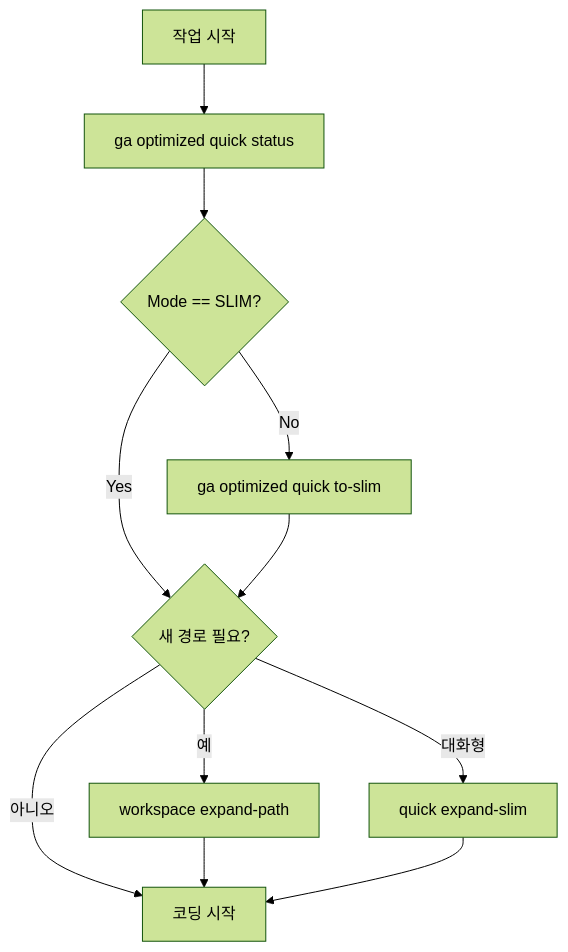
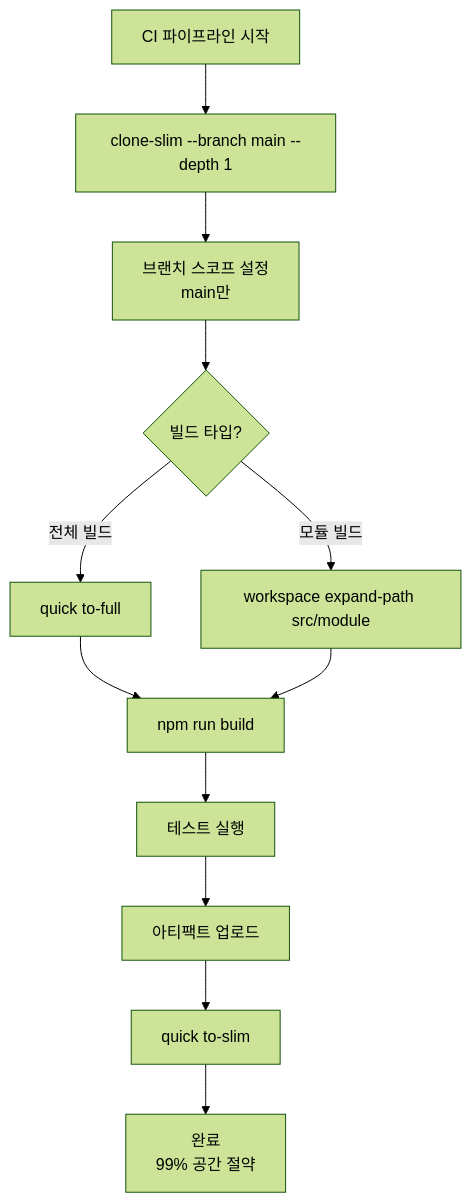
One commit to yoonhwan-neowiz/homebrew-workingcli changed the first of 10 diagrams in GIT.WORK.md. Above: the diagram before and after it, drawn with Mermaid (forest theme). The commit also changed other lines of this file and 1 other file, not shown here.

````diff
--- a/GIT.WORK.md
+++ b/GIT.WORK.md
@@ -27,13 +26,14 @@
 ```mermaid
 flowchart TD
-  A[작업 시작] --> B[ga optimized quick status]
-  B --> C{Mode == SLIM?}
-  C -- No --> D[ga optimized quick to-slim]
-  C -- Yes --> E{새 경로 필요?}
-  D --> E
-  E -- 예 --> F[workspace expand-path <paths>]
-  E -- 대화형 --> G[quick expand-slim]
-  E -- 아니오 --> H[코딩 시작]
-  F --> H
-  G --> H
+  A[CI 파이프라인 시작] --> B[clone-slim --branch main --depth 1]
+  B --> C[브랜치 스코프 설정<br/>main만]
+  C --> D{빌드 타입?}
+  D -->|전체 빌드| E[quick to-full]
+  D -->|모듈 빌드| F[workspace expand-path src/module]
+  E --> G[npm run build]
+  F --> G
+  G --> H[테스트 실행]
+  H --> I[아티팩트 업로드]
+  I --> J[quick to-slim]
+  J --> K[완료<br/>99% 공간 절약]
 ```
````
